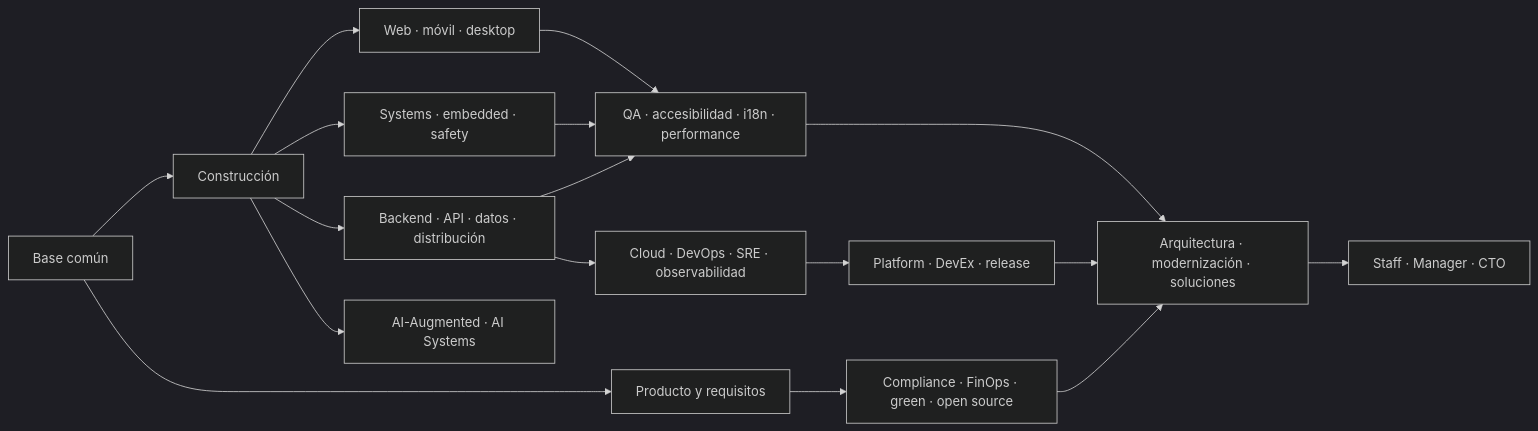
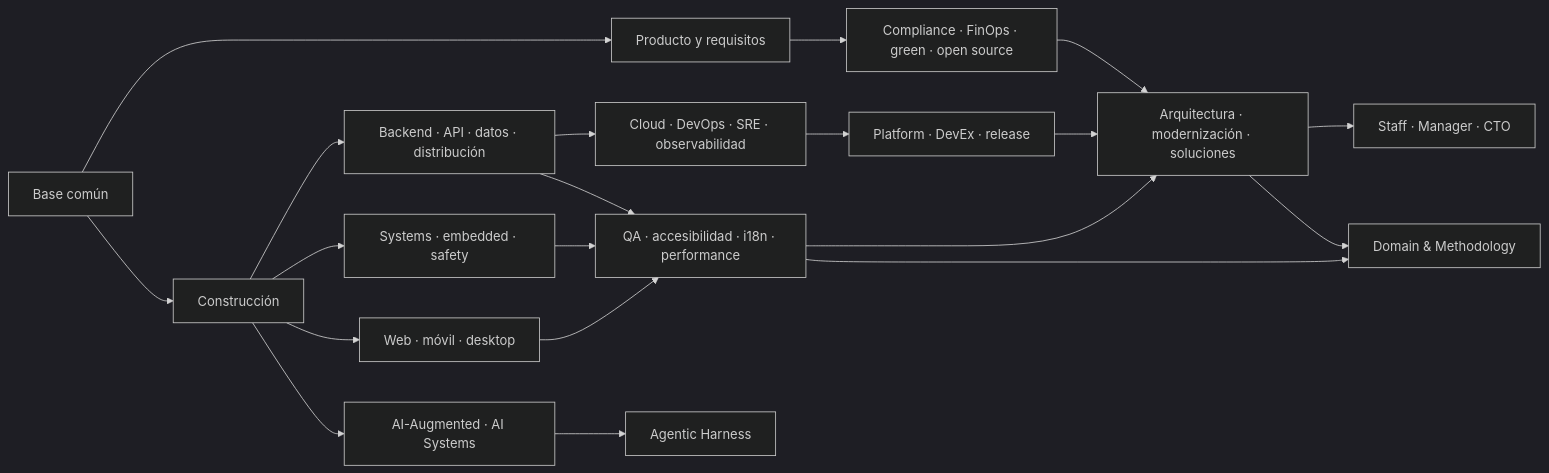
Before and after one commit to vladimiracunadev-create/modern-software-engineering-program: the second of 2 diagrams in roles/README.md, drawn with Mermaid (dark theme). The commit also changed other lines of this file and 51 other files, not shown here.

````diff
--- a/roles/README.md
+++ b/roles/README.md
@@ -754,19 +888,22 @@
 ```mermaid
 flowchart LR
     F["Base común"] --> BUILD["Construcción"]
     F --> DISC["Producto y requisitos"]
     BUILD --> CLIENT["Web · móvil · desktop"]
     BUILD --> SYSTEMS["Systems · embedded · safety"]
     BUILD --> SERVICES["Backend · API · datos · distribución"]
     SERVICES --> OPS["Cloud · DevOps · SRE · observabilidad"]
     CLIENT --> QUALITY["QA · accesibilidad · i18n · performance"]
     SYSTEMS --> QUALITY
     SERVICES --> QUALITY
     OPS --> PLATFORM["Platform · DevEx · release"]
     DISC --> GOVERN["Compliance · FinOps · green · open source"]
     QUALITY --> ARCH["Arquitectura · modernización · soluciones"]
     PLATFORM --> ARCH
     GOVERN --> ARCH
     ARCH --> LEAD["Staff · Manager · CTO"]
     BUILD --> AI["AI-Augmented · AI Systems"]
+    AI --> AGENTIC["Agentic Harness"]
+    QUALITY --> METHOD["Domain & Methodology"]
+    ARCH --> METHOD
 ```
````
